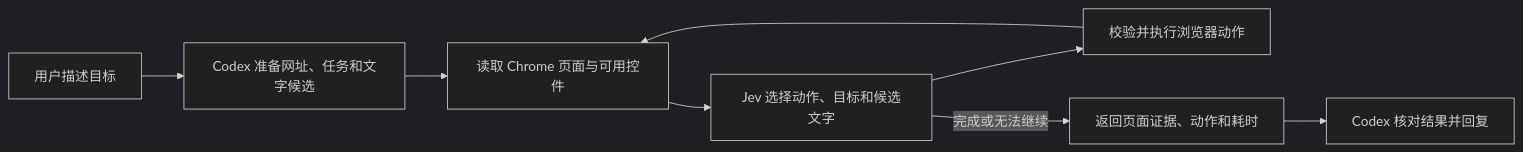
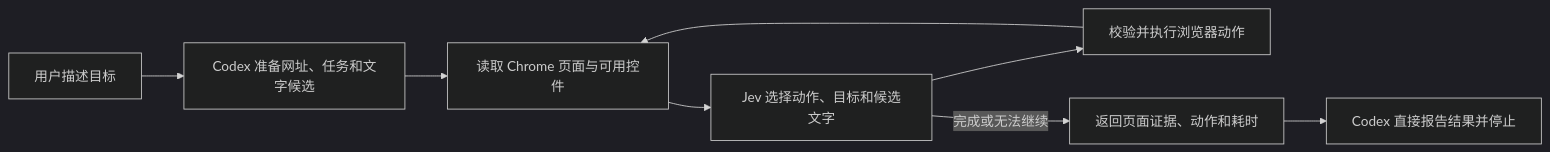
The diagram in README.md (wanghai673/jev-browser-skill), drawn with Mermaid (dark theme) before and after one commit. The commit also changed other lines of this file and 25 other files, not shown here.

````diff
--- a/README.md
+++ b/README.md
@@ -125,10 +127,10 @@
 ```mermaid
 flowchart LR
     U[用户描述目标] --> C[Codex 准备网址、任务和文字候选]
     C --> S[读取 Chrome 页面与可用控件]
     S --> J[Jev 选择动作、目标和候选文字]
     J --> E[校验并执行浏览器动作]
     E --> S
     J -->|完成或无法继续| R[返回页面证据、动作和耗时]
-    R --> V[Codex 核对结果并回复]
+    R --> V[Codex 直接报告结果并停止]
 ```
````
